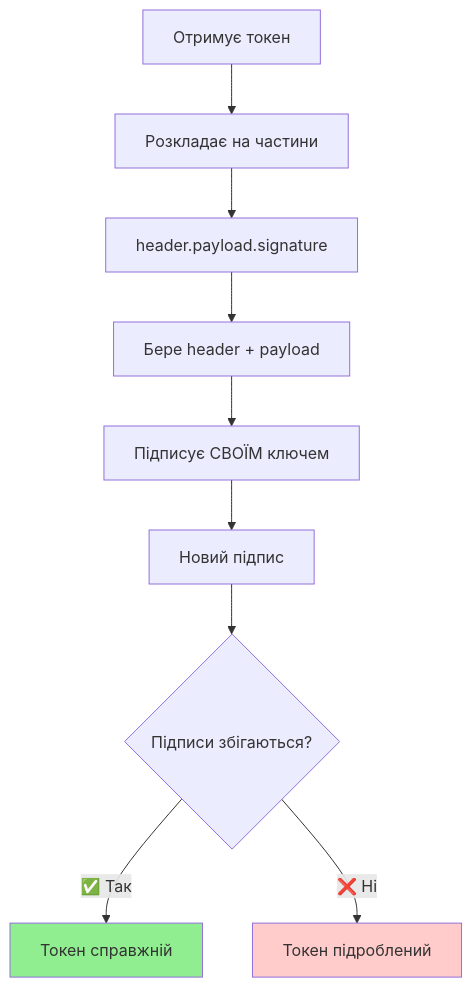
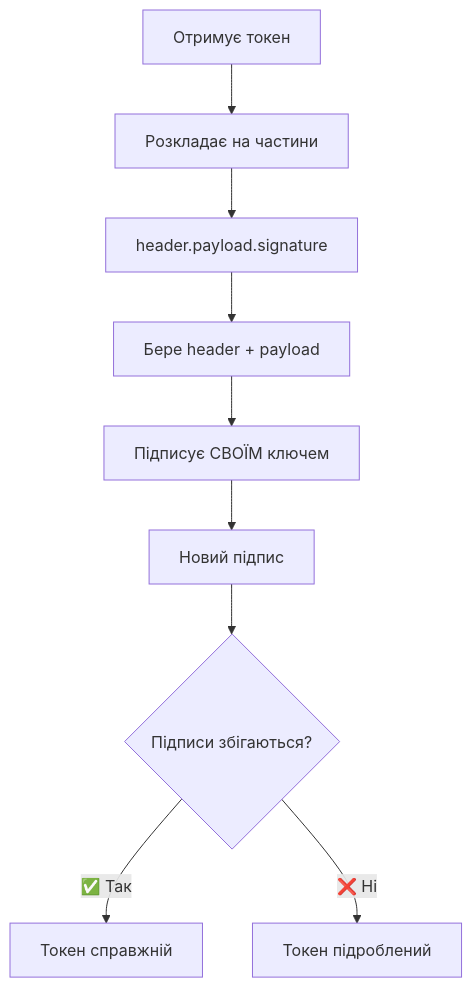
Before and after one commit to olroi421/course-web: the fourth of 8 diagrams in docs/presentations/presentation-07.md, drawn with Mermaid. The commit also changed other lines of this file and 1 other file, not shown here.

````diff
--- a/docs/presentations/presentation-07.md
+++ b/docs/presentations/presentation-07.md
@@ -64,16 +62,14 @@
 ```mermaid
 graph TD
     A[Отримує токен] --> B[Розкладає на частини]
     B --> C[header.payload.signature]
 
     C --> D[Бере header + payload]
     D --> E[Підписує СВОЇМ ключем]
     E --> F[Новий підпис]
 
     F --> G{Підписи збігаються?}
     G -->|✅ Так| H[Токен справжній]
     G -->|❌ Ні| I[Токен підроблений]
 
-    style H fill:#90ee90
-    style I fill:#ffcccb
 ```
````
